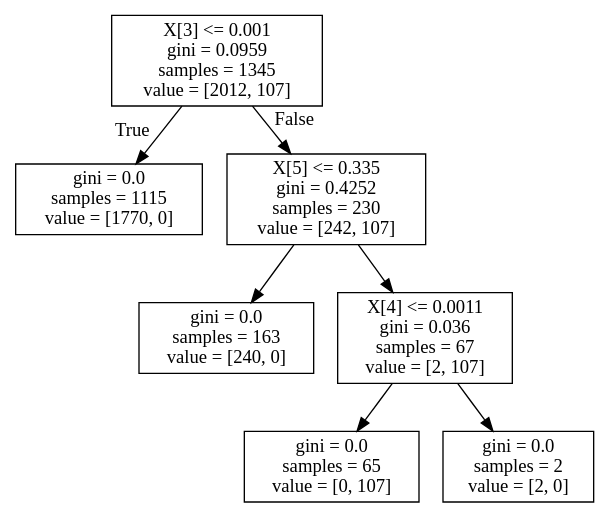
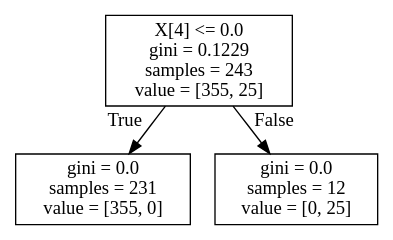
One commit to imwack/facebook changed the diagram in 5.dot. Above: the diagram before and after it, drawn with Graphviz. The commit also changed 23 other files, not shown here.

```diff
--- a/5.dot
+++ b/5.dot
@@ -1,16 +1,8 @@
 digraph Tree {
 node [shape=box] ;
-0 [label="X[3] <= 0.001\ngini = 0.0959\nsamples = 1345\nvalue = [2012, 107]"] ;
-1 [label="gini = 0.0\nsamples = 1115\nvalue = [1770, 0]"] ;
+0 [label="X[4] <= 0.0\ngini = 0.1229\nsamples = 243\nvalue = [355, 25]"] ;
+1 [label="gini = 0.0\nsamples = 231\nvalue = [355, 0]"] ;
 0 -> 1 [labeldistance=2.5, labelangle=45, headlabel="True"] ;
-2 [label="X[5] <= 0.335\ngini = 0.4252\nsamples = 230\nvalue = [242, 107]"] ;
+2 [label="gini = 0.0\nsamples = 12\nvalue = [0, 25]"] ;
 0 -> 2 [labeldistance=2.5, labelangle=-45, headlabel="False"] ;
-3 [label="gini = 0.0\nsamples = 163\nvalue = [240, 0]"] ;
-2 -> 3 ;
-4 [label="X[4] <= 0.0011\ngini = 0.036\nsamples = 67\nvalue = [2, 107]"] ;
-2 -> 4 ;
-5 [label="gini = 0.0\nsamples = 65\nvalue = [0, 107]"] ;
-4 -> 5 ;
-6 [label="gini = 0.0\nsamples = 2\nvalue = [2, 0]"] ;
-4 -> 6 ;
 }
```
